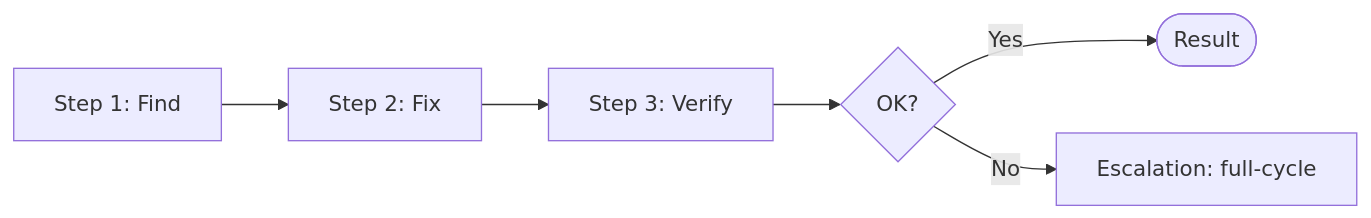
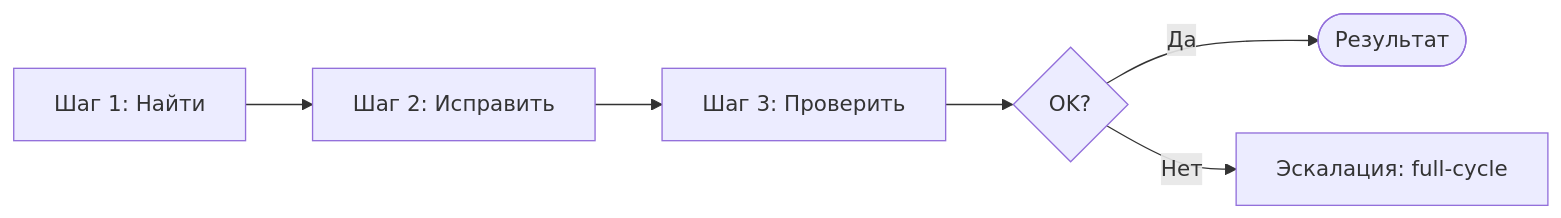
Before and after one commit to SteelMorgan/1c-agent-based-dev-framework: the diagram in framework_eng/workflows/quick-fix.md, drawn with Mermaid. The commit also changed other lines of this file and 60 other files, not shown here.

First line of the commit message:
fix: move runtime to tools/, fix dependency graph, repair sync & validation scripts

````diff
--- a/framework_eng/workflows/quick-fix.md
+++ b/framework_eng/workflows/quick-fix.md
@@ -107,8 +107,8 @@
 ```mermaid
 flowchart LR
-    A[Step 1: Find] --> B[Step 2: Fix]
-    B --> C[Step 3: Verify]
+    A[Шаг 1: Найти] --> B[Шаг 2: Исправить]
+    B --> C[Шаг 3: Проверить]
     C --> D{OK?}
-    D -->|Yes| E([Result])
-    D -->|No| F[Escalation: full-cycle]
+    D -->|Да| E([Результат])
+    D -->|Нет| F[Эскалация: full-cycle]
 ```
````
